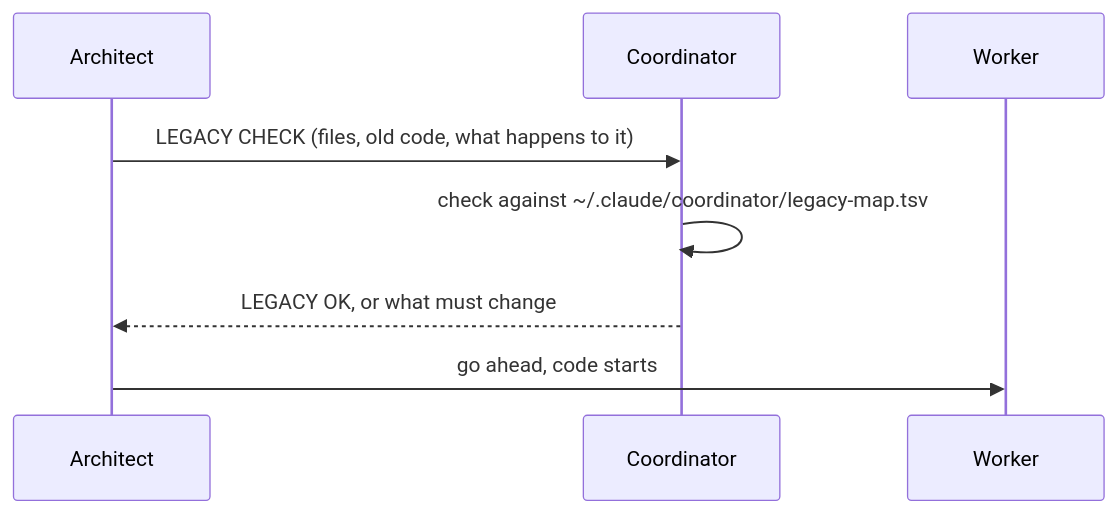
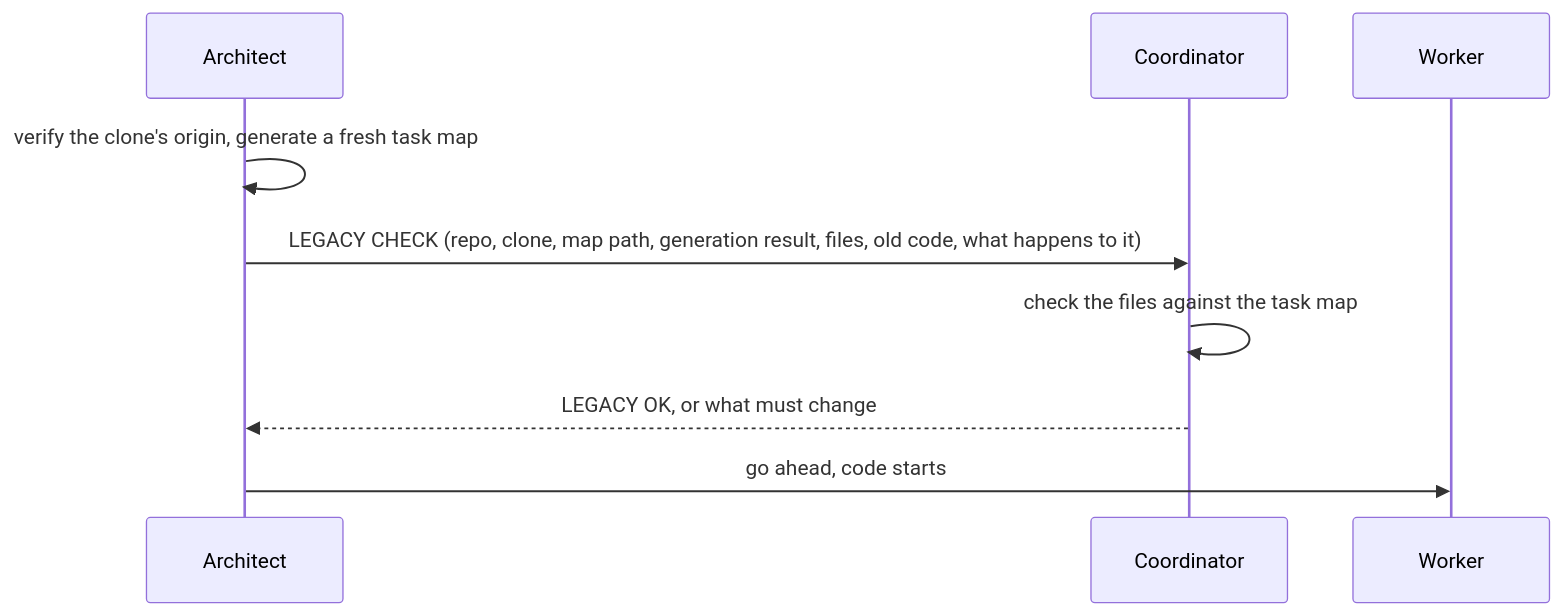
Before and after one commit to alexsavio/ai-agent-orchestration: the fifth of 5 diagrams in docs/architecture.md, drawn with Mermaid. The commit also changed other lines of this file and 3 other files, not shown here.

````diff
--- a/docs/architecture.md
+++ b/docs/architecture.md
@@ -175,10 +175,11 @@
 ```mermaid
 sequenceDiagram
     participant A as Architect
     participant C as Coordinator
     participant W as Worker
-    A->>C: LEGACY CHECK (files, old code, what happens to it)
-    C->>C: check against ~/.claude/coordinator/legacy-map.tsv
+    A->>A: verify the clone's origin, generate a fresh task map
+    A->>C: LEGACY CHECK (repo, clone, map path, generation result, files, old code, what happens to it)
+    C->>C: check the files against the task map
     C-->>A: LEGACY OK, or what must change
     A->>W: go ahead, code starts
 ```
````
